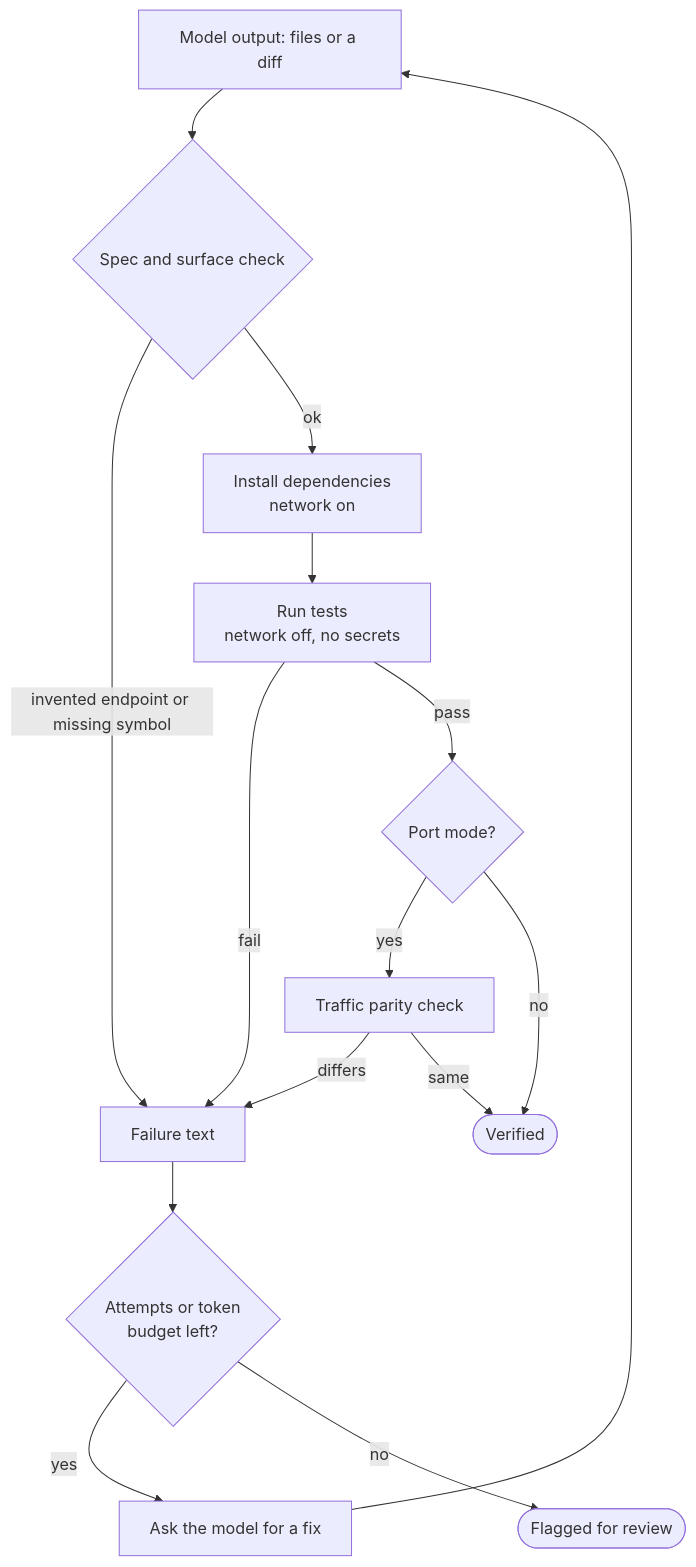
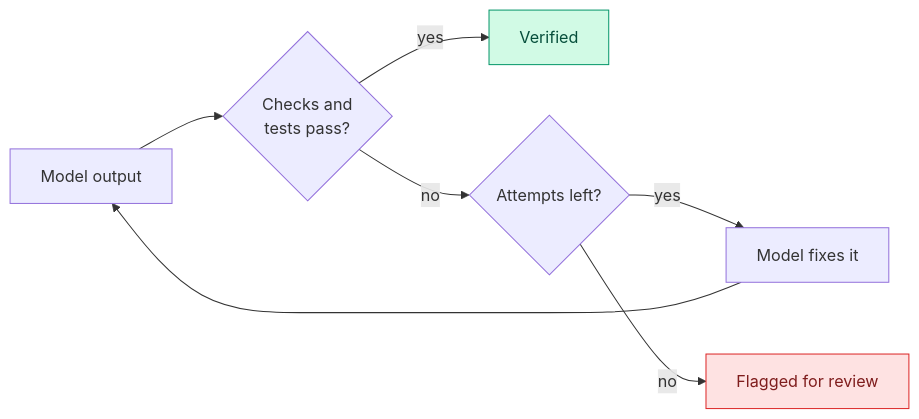
The second of 6 diagrams in README.md (phoscoder/sdk-forger), drawn with Mermaid before and after one commit. The commit also changed other lines of this file, not shown here.

Commit message:
docs: simplify the README diagrams

````diff
--- a/README.md
+++ b/README.md
@@ -100,17 +72,14 @@
 ```mermaid
-flowchart TD
-    A["Model output: files or a diff"] --> B{"Spec and surface check"}
-    B -->|"invented endpoint or missing symbol"| F["Failure text"]
-    B -->|ok| C["Install dependencies<br/>network on"]
-    C --> D["Run tests<br/>network off, no secrets"]
-    D -->|fail| F
-    D -->|pass| E{"Port mode?"}
-    E -->|yes| P["Traffic parity check"]
-    E -->|no| OK(["Verified"])
-    P -->|differs| F
-    P -->|same| OK
-    F --> G{"Attempts or token<br/>budget left?"}
-    G -->|yes| H["Ask the model for a fix"]
-    H --> A
-    G -->|no| X(["Flagged for review"])
+flowchart LR
+    A[Model output] --> B{"Checks and<br>tests pass?"}
+    B -- yes --> V[Verified]
+    B -- no --> C{Attempts left?}
+    C -- yes --> D[Model fixes it]
+    D --> A
+    C -- no --> F[Flagged for review]
+
+    classDef good fill:#d1fae5,stroke:#059669,color:#064e3b
+    classDef bad fill:#fee2e2,stroke:#dc2626,color:#7f1d1d
+    class V good
+    class F bad
 ```
````
